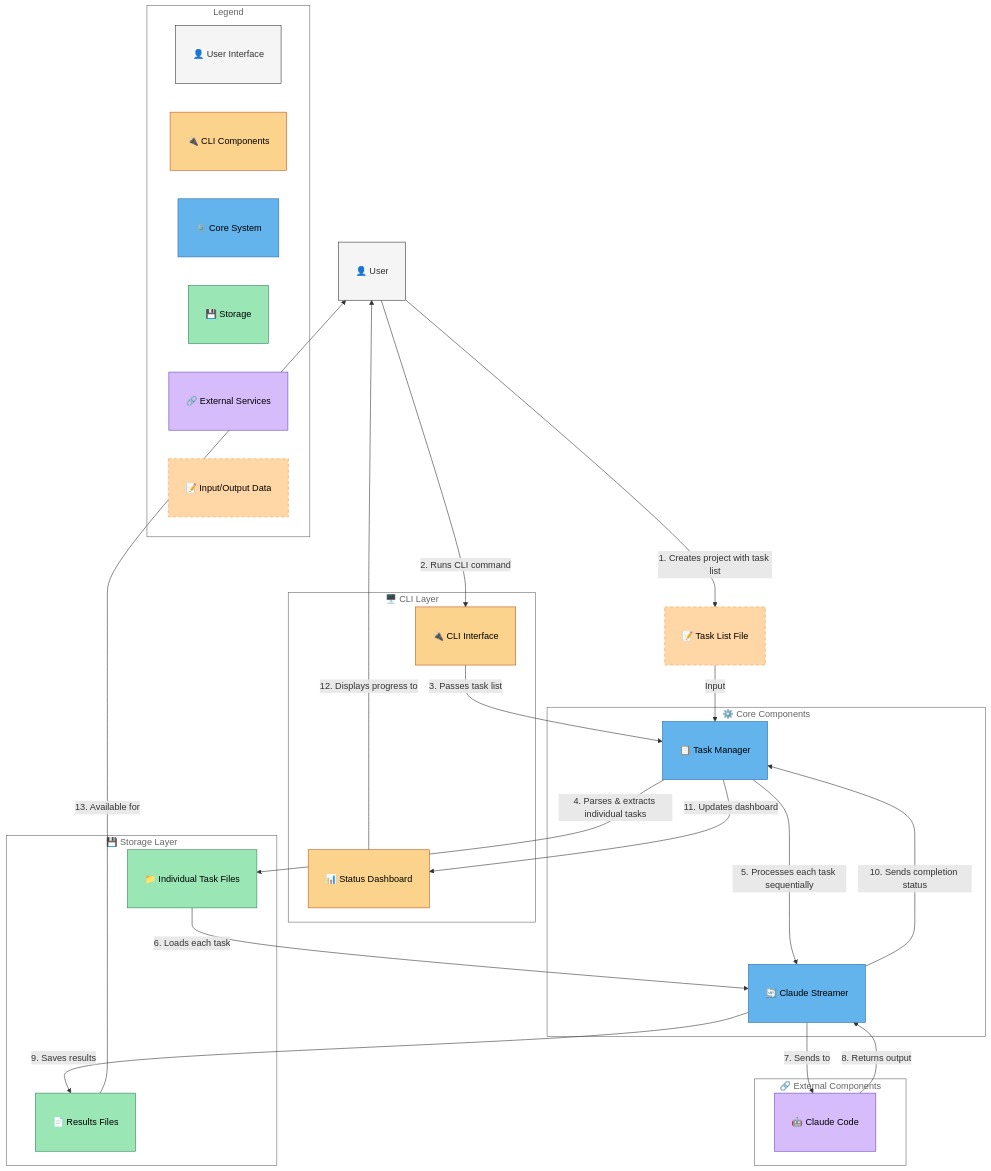
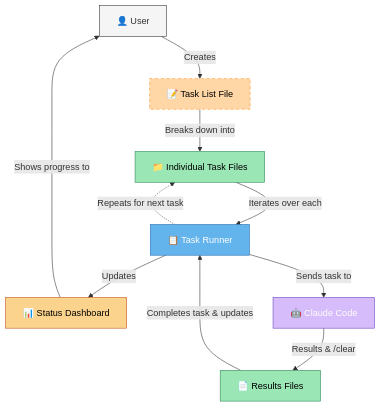
One commit to rzp-labs/claude-task-runner changed the diagram in README.md. Above: the diagram before and after it, drawn with Mermaid. The commit also changed other lines of this file, not shown here.

````diff
--- a/README.md
+++ b/README.md
@@ -31,68 +31,32 @@
 ```mermaid
 flowchart TD
-    %% Define nodes with better contrast for light/dark modes - grouped by function
-    classDef userNode fill:#f5f5f5,stroke:#333,color:#333,margin:15px
-    classDef interfaceNode fill:#FBD38D,stroke:#C05621,color:#000,margin:15px
-    classDef coreNode fill:#63B3ED,stroke:#2B6CB0,color:#000,margin:15px
-    classDef storageNode fill:#9AE6B4,stroke:#2F855A,color:#000,margin:15px
-    classDef externalNode fill:#D6BCFA,stroke:#6B46C1,color:#000,margin:15px
-    classDef containerNode fill:transparent,stroke:#666,color:#666
-    classDef legendNode fill:transparent,stroke:transparent,color:#666
-    classDef dataNode fill:#FFD6A5,stroke:#FF9A3C,color:#000,margin:15px,stroke-dasharray: 5 5
-
-    %% Main components with emojis and extra padding using non-breaking spaces
-    User["👤   User   "]:::userNode
-    TaskListFile["📝   Task List File   "]:::dataNode
+    %% Define node styles - clean and simple
+    classDef userNode fill:#f5f5f5,stroke:#333,color:#333
+    classDef interfaceNode fill:#FBD38D,stroke:#C05621,color:#000
+    classDef coreNode fill:#63B3ED,stroke:#2B6CB0,color:#fff
+    classDef storageNode fill:#9AE6B4,stroke:#2F855A,color:#000
+    classDef externalNode fill:#D6BCFA,stroke:#6B46C1,color:#fff
+    classDef dataNode fill:#FFD6A5,stroke:#FF9A3C,color:#000,stroke-dasharray: 5 5
     
-    subgraph CLI["🖥️  CLI Layer  "]
-        CLI_Interface["🔌   CLI Interface   "]:::interfaceNode
-        Status_Dashboard["📊   Status Dashboard   "]:::interfaceNode
-    end
+    %% Main components in vertical layout
+    User["👤 User"]:::userNode
+    TaskList["📝 Task List File"]:::dataNode
+    TaskFiles["📁 Individual Task Files"]:::storageNode
+    TaskRunner["📋 Task Runner"]:::coreNode
+    Dashboard["📊 Status Dashboard"]:::interfaceNode
+    ClaudeCode["🤖 Claude Code"]:::externalNode
+    ResultsFiles["📄 Results Files"]:::storageNode
     
-    subgraph Core["⚙️  Core Components  "]
-        Task_Manager["📋   Task Manager   "]:::coreNode
-        Claude_Streamer["🔄   Claude Streamer   "]:::coreNode
-    end
+    %% The actual workflow in 6 steps - vertical layout
+    User -->|"Creates"| TaskList
+    TaskList -->|"Breaks down into"| TaskFiles
+    TaskFiles -->|"Iterates over each"| TaskRunner
+    TaskRunner -->|"Updates"| Dashboard
+    TaskRunner -->|"Sends task to"| ClaudeCode
+    ClaudeCode -->|"Results & /clear"| ResultsFiles
+    ResultsFiles -->|"Completes task & updates"| TaskRunner
     
-    subgraph Storage["💾  Storage Layer  "]
-        Task_Files["📁   Individual Task Files   "]:::storageNode
-        Results_Files["📄   Results Files   "]:::storageNode
-    end
-    
-    subgraph External["🔗  External Components  "]
-        Claude_Code["🤖   Claude Code   "]:::externalNode
-    end
-    
-    %% User journey flow - more detailed, sequential steps
-    User -->|"1. Creates project with task list"| TaskListFile
-    User -->|"2. Runs CLI command"| CLI_Interface
-    CLI_Interface -->|"3. Passes task list"| Task_Manager
-    TaskListFile -->|"Input"| Task_Manager
-    
-    %% Task processing flow
-    Task_Manager -->|"4. Parses & extracts individual tasks"| Task_Files
-    Task_Manager -->|"5. Processes each task sequentially"| Claude_Streamer
-    Task_Files -->|"6. Loads each task"| Claude_Streamer
-    Claude_Streamer -->|"7. Sends to"| Claude_Code
-    Claude_Code -->|"8. Returns output"| Claude_Streamer
-    Claude_Streamer -->|"9. Saves results"| Results_Files
-    
-    %% Status updates
-    Claude_Streamer -->|"10. Sends completion status"| Task_Manager
-    Task_Manager -->|"11. Updates dashboard"| Status_Dashboard
-    Status_Dashboard -->|"12. Displays progress to"| User
-    Results_Files -->|"13. Available for"| User
-    
-    %% Add Legend with extra padding
-    subgraph Legend["Legend"]
-        User_Legend["👤   User Interface   "]:::userNode
-        Interface_Legend["🔌   CLI Components   "]:::interfaceNode
-        Core_Legend["⚙️   Core System   "]:::coreNode
-        Storage_Legend["💾   Storage   "]:::storageNode
-        External_Legend["🔗   External Services   "]:::externalNode
-        Data_Legend["📝   Input/Output Data   "]:::dataNode
-    end
-    
-    %% Apply container styling
-    class CLI,Core,Storage,External,Legend containerNode
+    %% Loop back for next task
+    TaskRunner -.->|"Repeats for next task"| TaskFiles
+    Dashboard -->|"Shows progress to"| User
 ```
````
